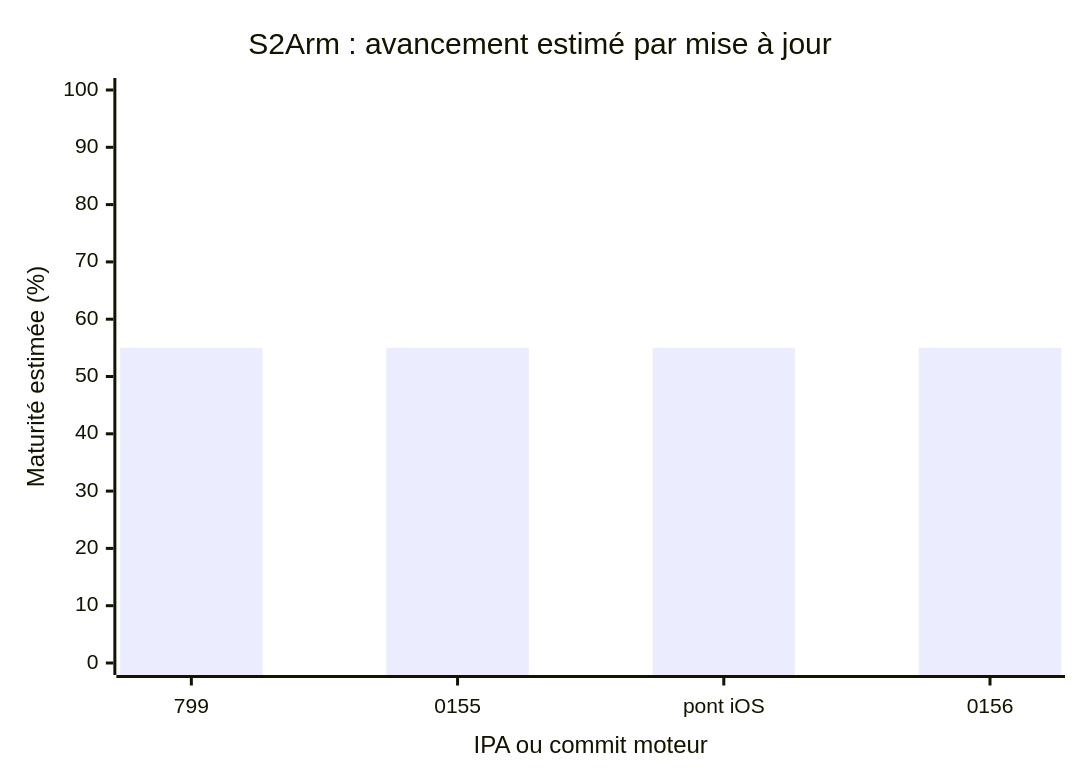
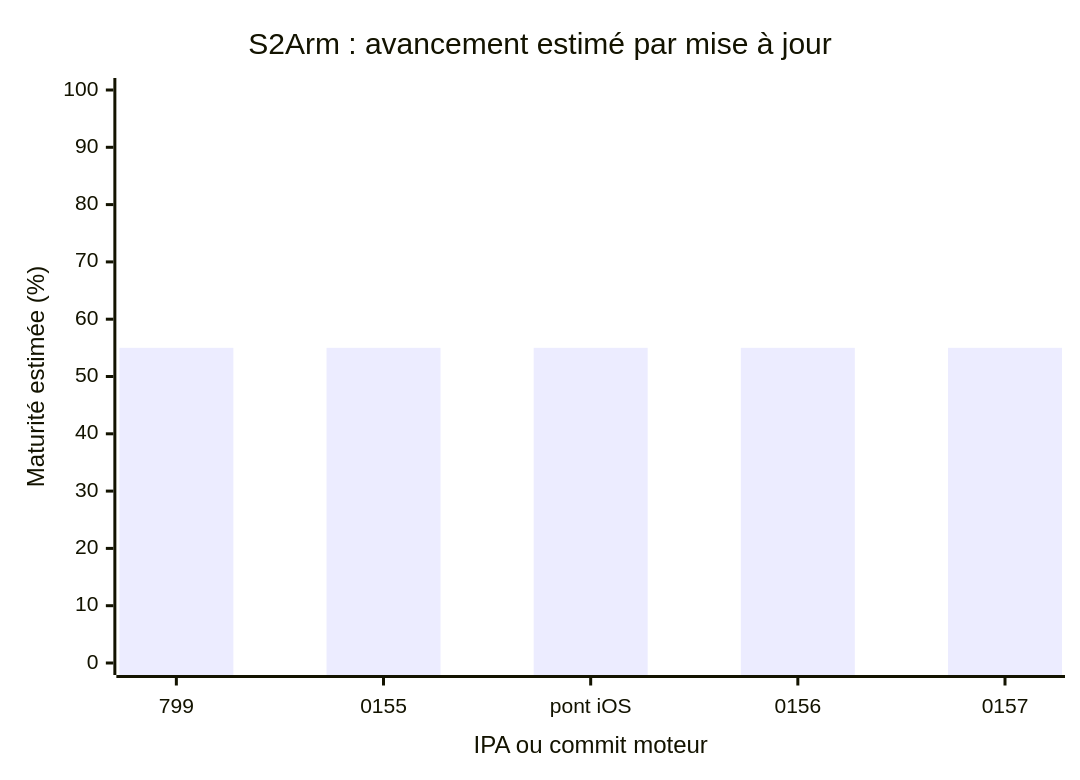
Before and after one commit to TarbleFR/RewindBox: the diagram in docs/AI_TASK_BOARD.md, drawn with Mermaid. The commit also changed other lines of this file and 1 other file, not shown here.

Commit message:
S2Arm: target guest event wakeups and park idle copy work under heat [s2arm-engine]

````diff
--- a/docs/AI_TASK_BOARD.md
+++ b/docs/AI_TASK_BOARD.md
@@ -25,7 +25,7 @@
 ```mermaid
 xychart-beta
     title "S2Arm : avancement estimé par mise à jour"
-    x-axis "IPA ou commit moteur" ["799", "0155", "pont iOS", "0156"]
+    x-axis "IPA ou commit moteur" ["799", "0155", "pont iOS", "0156", "0157"]
     y-axis "Maturité estimée (%)" 0 --> 100
-    bar [55, 55, 55, 55]
+    bar [55, 55, 55, 55, 55]
 ```
````
